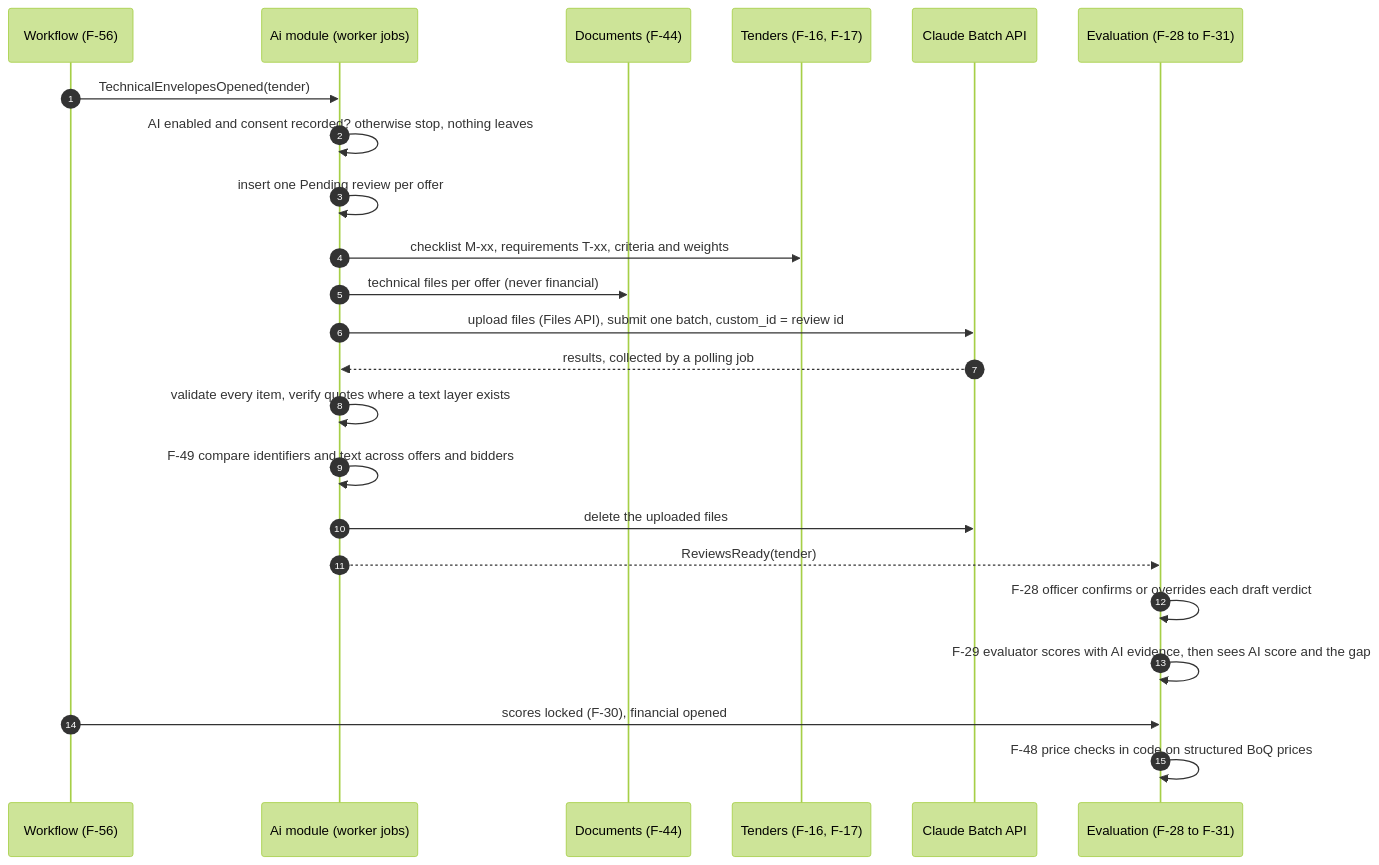
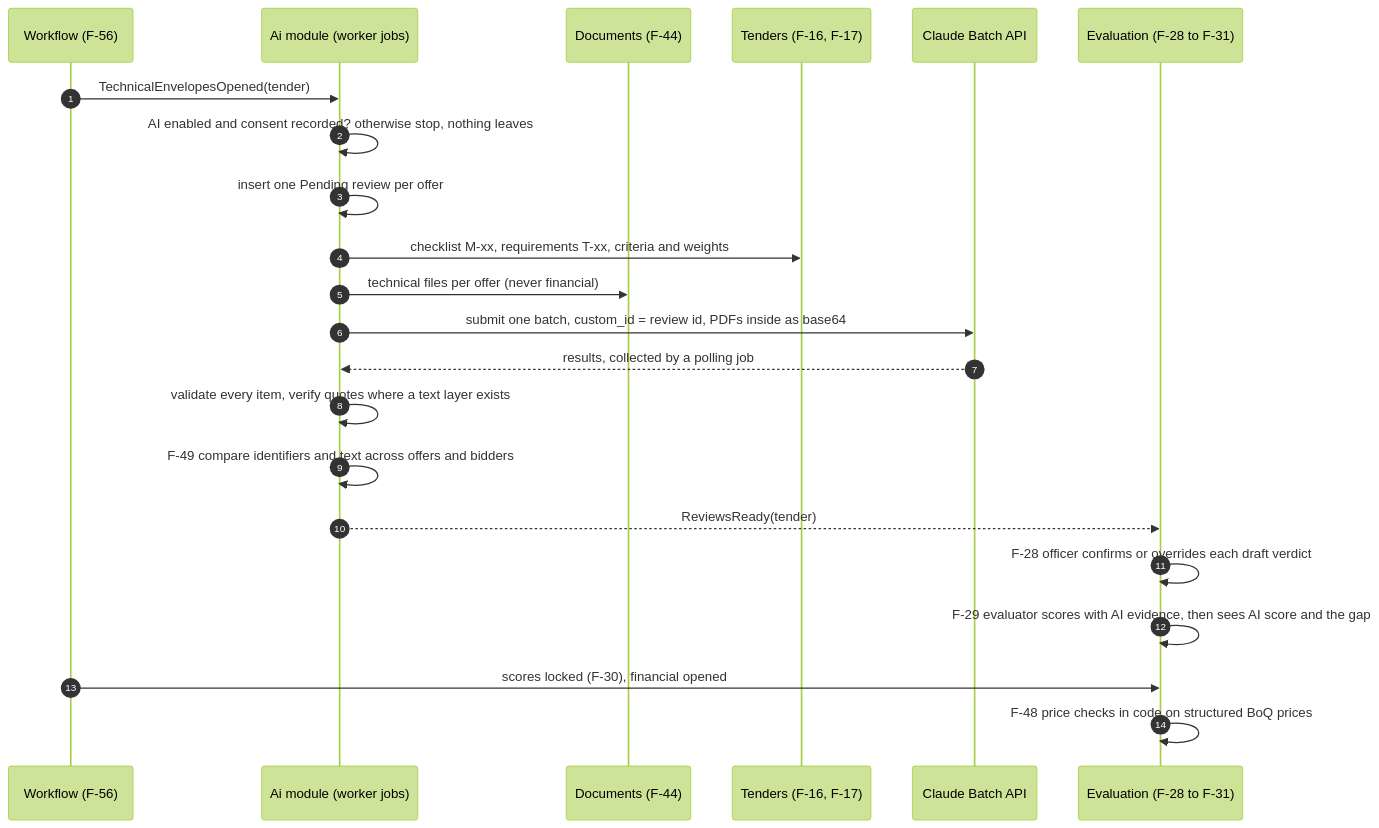
The second of 4 diagrams in docs/superpowers/specs/2026-09-26-ai-offer-review-design.md (AhmedAssaf/ERP), drawn with Mermaid (forest theme) before and after one commit. The commit also changed other lines of this file and 4 other files, not shown here.

Commit message:
AI offer review implementation plan (15 tasks); PDFs travel base64 inside the batch, no Files API

````diff
--- a/docs/superpowers/specs/2026-09-26-ai-offer-review-design.md
+++ b/docs/superpowers/specs/2026-09-26-ai-offer-review-design.md
@@ -60,26 +61,25 @@
 ```mermaid
 sequenceDiagram
     autonumber
     participant WF as Workflow (F-56)
     participant AI as Ai module (worker jobs)
     participant DOC as Documents (F-44)
     participant TEN as Tenders (F-16, F-17)
     participant API as Claude Batch API
     participant EV as Evaluation (F-28 to F-31)
 
     WF->>AI: TechnicalEnvelopesOpened(tender)
     AI->>AI: AI enabled and consent recorded? otherwise stop, nothing leaves
     AI->>AI: insert one Pending review per offer
     AI->>TEN: checklist M-xx, requirements T-xx, criteria and weights
     AI->>DOC: technical files per offer (never financial)
-    AI->>API: upload files (Files API), submit one batch, custom_id = review id
+    AI->>API: submit one batch, custom_id = review id, PDFs inside as base64
     API-->>AI: results, collected by a polling job
     AI->>AI: validate every item, verify quotes where a text layer exists
     AI->>AI: F-49 compare identifiers and text across offers and bidders
-    AI->>API: delete the uploaded files
     AI-->>EV: ReviewsReady(tender)
     EV->>EV: F-28 officer confirms or overrides each draft verdict
     EV->>EV: F-29 evaluator scores with AI evidence, then sees AI score and the gap
     WF->>EV: scores locked (F-30), financial opened
     EV->>EV: F-48 price checks in code on structured BoQ prices
 ```
````
